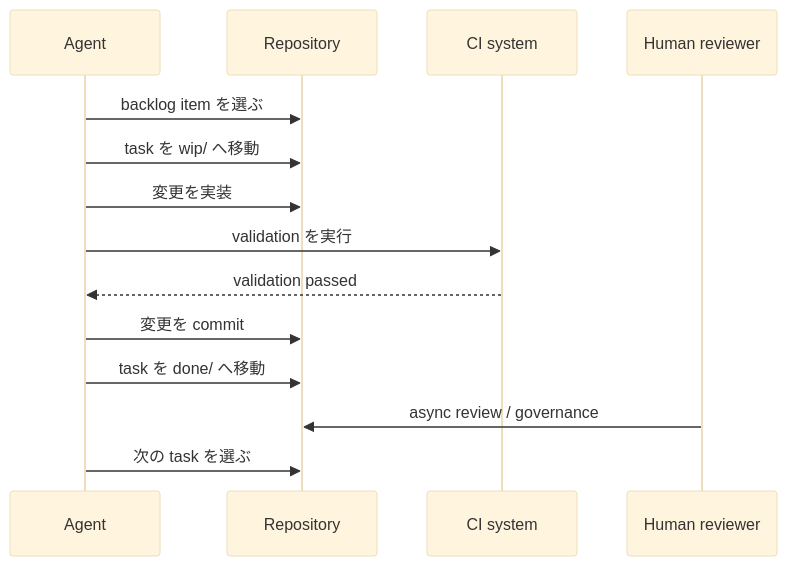
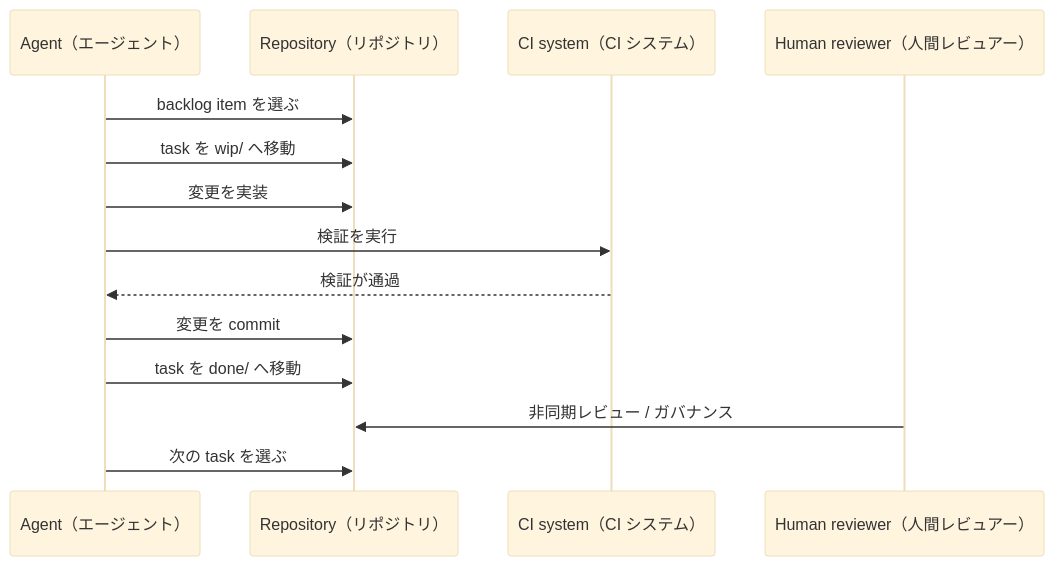
The fifth of 5 diagrams in content/ja/ideas/agent-loops.mdx (nelson-o/nelson-o.github.io), drawn with Mermaid (base theme) before and after one commit. The commit also changed other lines of this file and 3 other files, not shown here.

````diff
--- a/content/ja/ideas/agent-loops.mdx
+++ b/content/ja/ideas/agent-loops.mdx
@@ -264,17 +264,17 @@
 ```mermaid
 sequenceDiagram
-  participant A as Agent
-  participant R as Repository
-  participant C as CI system
-  participant H as Human reviewer
+  participant A as Agent（エージェント）
+  participant R as Repository（リポジトリ）
+  participant C as CI system（CI システム）
+  participant H as Human reviewer（人間レビュアー）
 
   A->>R: backlog item を選ぶ
   A->>R: task を wip/ へ移動
   A->>R: 変更を実装
-  A->>C: validation を実行
-  C-->>A: validation passed
+  A->>C: 検証を実行
+  C-->>A: 検証が通過
   A->>R: 変更を commit
   A->>R: task を done/ へ移動
-  H->>R: async review / governance
+  H->>R: 非同期レビュー / ガバナンス
   A->>R: 次の task を選ぶ
 ```
````
